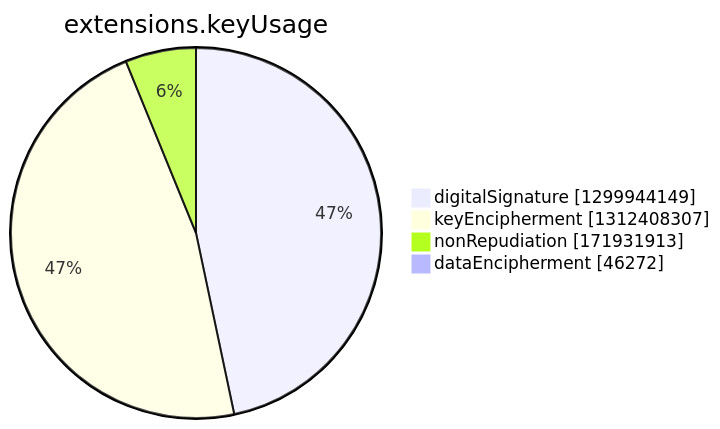
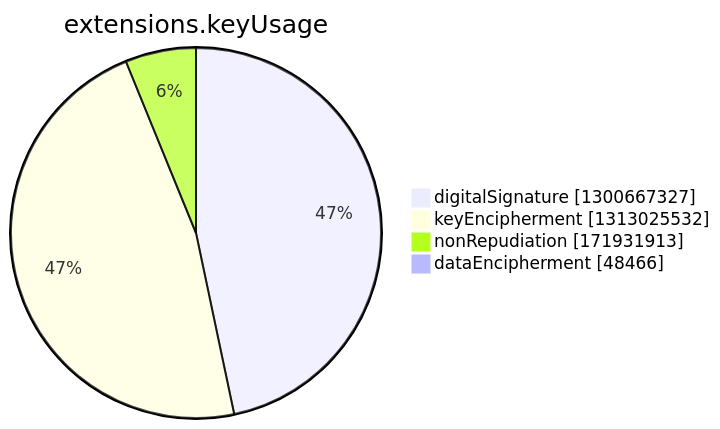
The seventh of 15 diagrams in argon2022/README.md (christiankrug/ctmonitor_visualization), drawn with Mermaid before and after one commit. The commit also changed other lines of this file, not shown here.

````diff
--- a/argon2022/README.md
+++ b/argon2022/README.md
@@ -2749,8 +2749,8 @@
 ```mermaid
 pie showData
 title extensions.keyUsage
-"digitalSignature" :1299944149
-"keyEncipherment" :1312408307
+"digitalSignature" :1300667327
+"keyEncipherment" :1313025532
 "nonRepudiation" :171931913
-"dataEncipherment" :46272
+"dataEncipherment" :48466
 ```
````
